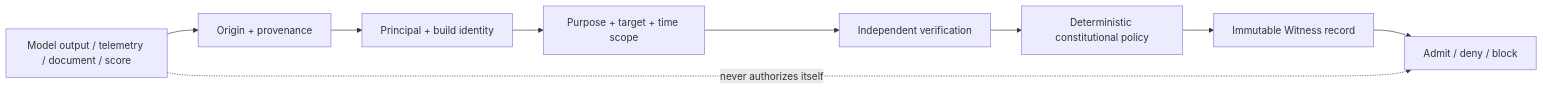
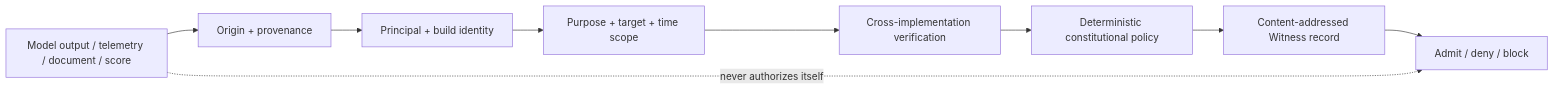
Before and after one commit to ObtuseAI/nimrod: the first of 4 diagrams in README.md, drawn with Mermaid. The commit also changed other lines of this file and 1 other file, not shown here.

````diff
--- a/README.md
+++ b/README.md
@@ -85,20 +103,20 @@
 ```mermaid
 flowchart LR
     CONTENT["Model output / telemetry / document / score"]
     ORIGIN["Origin + provenance"]
     IDENTITY["Principal + build identity"]
     SCOPE["Purpose + target + time scope"]
-    VERIFY["Independent verification"]
+    VERIFY["Cross-implementation verification"]
     POLICY["Deterministic constitutional policy"]
-    WITNESS["Immutable Witness record"]
+    WITNESS["Content-addressed Witness record"]
     RESULT["Admit / deny / block"]
 
     CONTENT --> ORIGIN
     ORIGIN --> IDENTITY
     IDENTITY --> SCOPE
     SCOPE --> VERIFY
     VERIFY --> POLICY
     POLICY --> WITNESS
     WITNESS --> RESULT
     CONTENT -. "never authorizes itself" .-> RESULT
 ```
````
